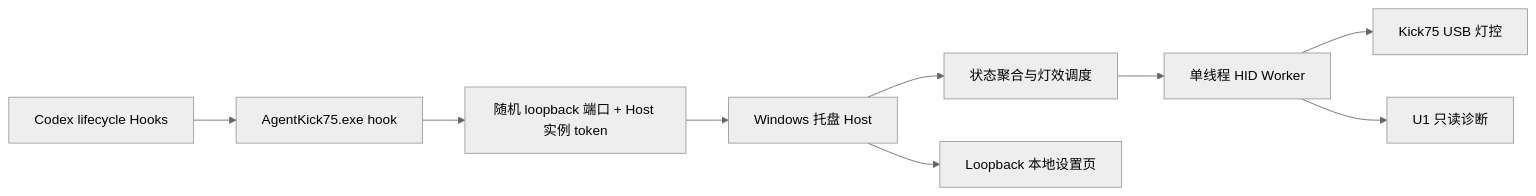
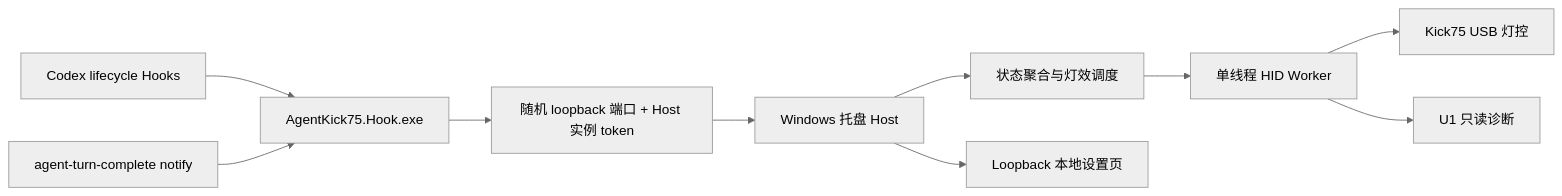
The diagram in README.md (QuinMeow/codex-kick75-status-lights), drawn with Mermaid (neutral theme) before and after one commit. The commit also changed other lines of this file and 22 other files, not shown here.

Commit message:
feat(hooks): complete Codex status integration

```diff
--- a/README.md
+++ b/README.md
@@ -62,11 +63,12 @@
 ~~~mermaid
 flowchart LR
-    C["Codex lifecycle Hooks"] --> H["AgentKick75.exe hook"]
+    C["Codex lifecycle Hooks"] --> H["AgentKick75.Hook.exe"]
+    N["agent-turn-complete notify"] --> H
     H --> P["随机 loopback 端口 + Host 实例 token"]
     P --> T["Windows 托盘 Host"]
     T --> S["状态聚合与灯效调度"]
     S --> W["单线程 HID Worker"]
     W --> U["Kick75 USB 灯控"]
     W --> D["U1 只读诊断"]
     T --> L["Loopback 本地设置页"]
 ~~~
```
